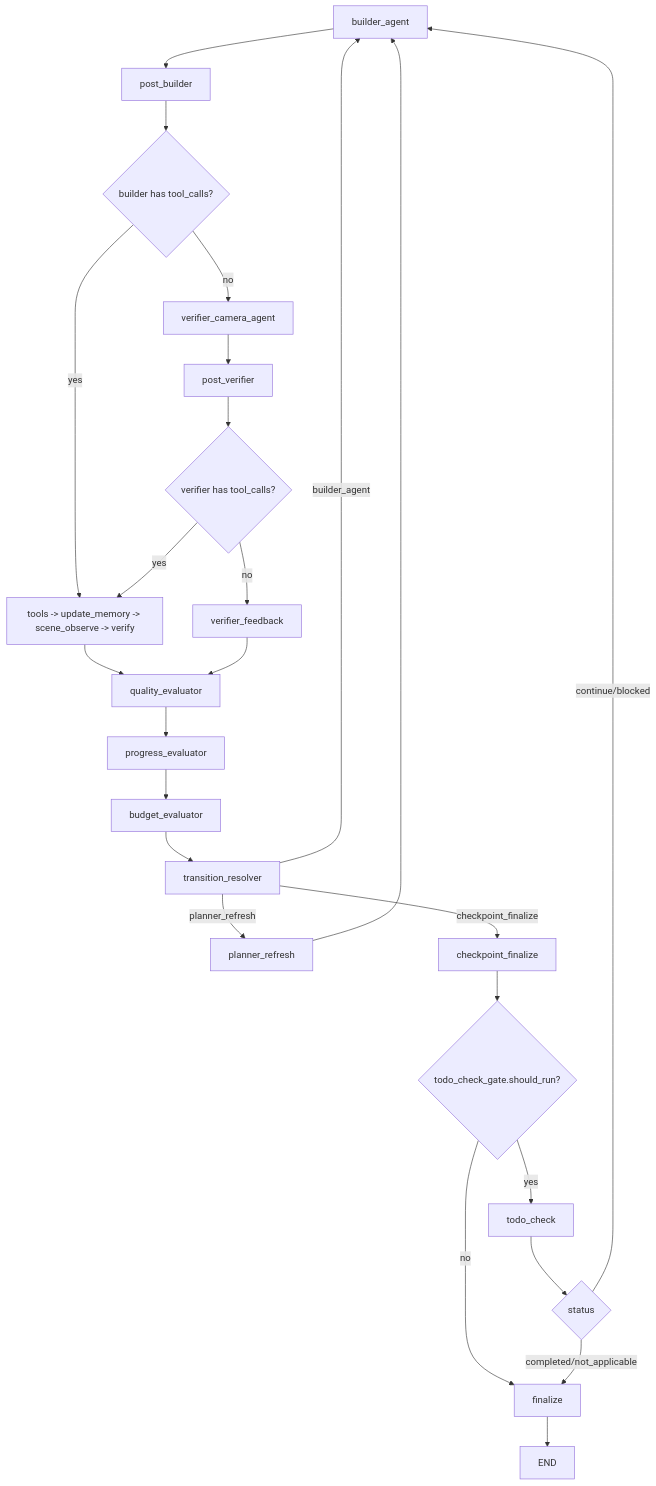
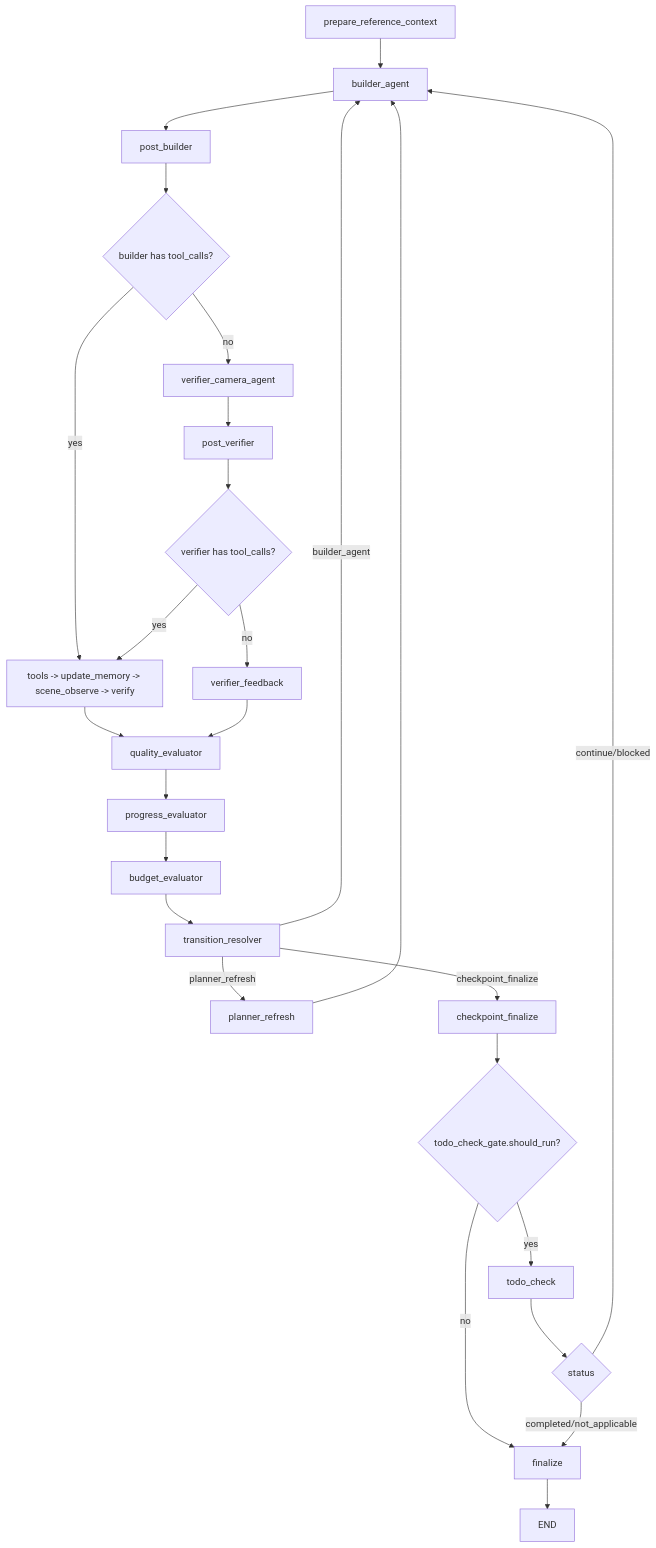
One commit to 3DSceneAgent/Vibe3DScene changed the fourth of 5 diagrams in docs/architecture/current-agent-workflow.md. Above: the diagram before and after it, drawn with Mermaid. The commit also changed other lines of this file and 45 other files, not shown here.

````diff
--- a/docs/architecture/current-agent-workflow.md
+++ b/docs/architecture/current-agent-workflow.md
@@ -129,33 +133,34 @@
 ```mermaid
 flowchart TD
-    A["builder_agent"] --> B["post_builder"]
-    B --> C{"builder has tool_calls?"}
+    A["prepare_reference_context"] --> B["builder_agent"]
+    B --> C["post_builder"]
+    C --> D{"builder has tool_calls?"}
 
-    C -->|yes| D["tools -> update_memory -> scene_observe -> verify"]
-    D --> E["quality_evaluator"]
+    D -->|yes| E["tools -> update_memory -> scene_observe -> verify"]
+    E --> F["quality_evaluator"]
 
-    C -->|no| F["verifier_camera_agent"]
-    F --> G["post_verifier"]
-    G --> H{"verifier has tool_calls?"}
+    D -->|no| G["verifier_camera_agent"]
+    G --> H["post_verifier"]
+    H --> I{"verifier has tool_calls?"}
 
-    H -->|yes| D
-    H -->|no| I["verifier_feedback"]
-    I --> E
+    I -->|yes| E
+    I -->|no| J["verifier_feedback"]
+    J --> F
 
-    E --> J["progress_evaluator"]
-    J --> K["budget_evaluator"]
-    K --> L["transition_resolver"]
+    F --> K["progress_evaluator"]
+    K --> L["budget_evaluator"]
+    L --> M["transition_resolver"]
 
-    L -->|builder_agent| A
-    L -->|planner_refresh| M["planner_refresh"]
-    M --> A
-    L -->|checkpoint_finalize| N["checkpoint_finalize"]
+    M -->|builder_agent| B
+    M -->|planner_refresh| N["planner_refresh"]
+    N --> B
+    M -->|checkpoint_finalize| O["checkpoint_finalize"]
 
-    N --> O{"todo_check_gate.should_run?"}
-    O -->|yes| P["todo_check"]
-    O -->|no| Q["finalize"]
-    P --> R{"status"}
-    R -->|completed/not_applicable| Q
-    R -->|continue/blocked| A
-    Q --> S["END"]
+    O --> P{"todo_check_gate.should_run?"}
+    P -->|yes| Q["todo_check"]
+    P -->|no| R["finalize"]
+    Q --> S{"status"}
+    S -->|completed/not_applicable| R
+    S -->|continue/blocked| B
+    R --> T["END"]
 ```
````
